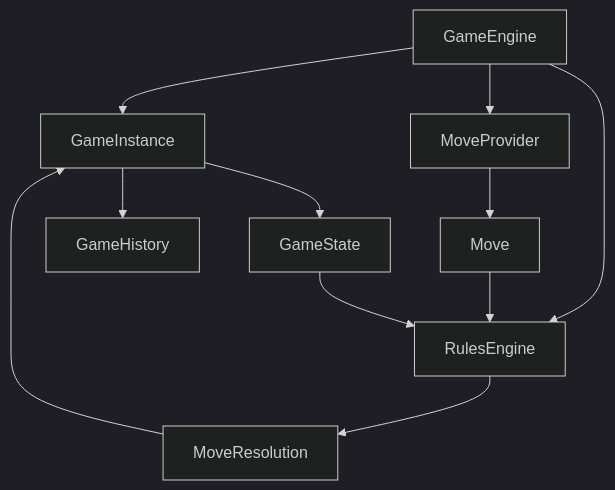
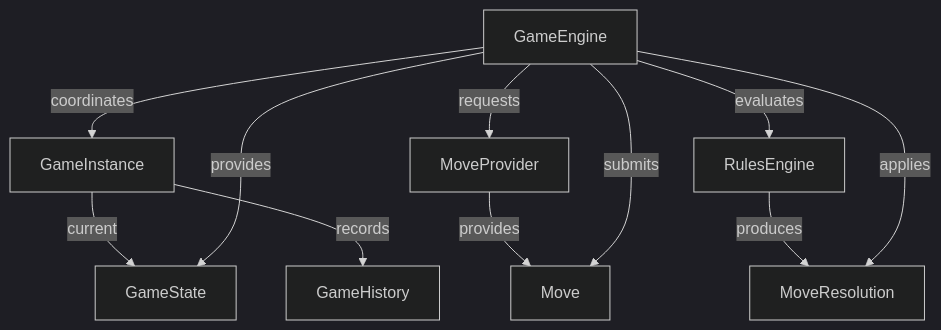
One commit to jagraves21/ludus changed the second of 4 diagrams in docs/EXECUTION_MODEL.md. Above: the diagram before and after it, drawn with Mermaid (dark theme). The commit also changed other lines of this file and 1 other file, not shown here.

````diff
--- a/docs/EXECUTION_MODEL.md
+++ b/docs/EXECUTION_MODEL.md
@@ -77,19 +107,17 @@
 ```mermaid
 flowchart TD
-	GameEngine --> GameInstance
-	GameEngine --> RulesEngine
-	GameEngine --> MoveProvider
+	GameEngine -->|coordinates| GameInstance
+	GameEngine -->|requests| MoveProvider
+	GameEngine -->|evaluates| RulesEngine
 
-	GameInstance --> GameState
-	GameInstance --> GameHistory
+	MoveProvider -->|provides| Move
+	GameEngine -->|submits| Move
 
-	MoveProvider --> Move
-	
-	Move --> RulesEngine
+	GameInstance -->|current| GameState
+	GameEngine -->|provides| GameState
 
-	RulesEngine --> MoveResolution
-	
-	MoveResolution --> GameInstance
+	RulesEngine -->|produces| MoveResolution
+	GameEngine -->|applies| MoveResolution
 
-	GameState --> RulesEngine
+	GameInstance -->|records| GameHistory
 ```
````
